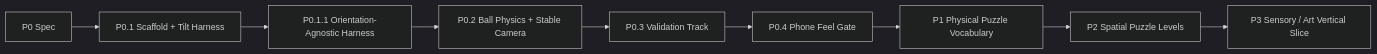
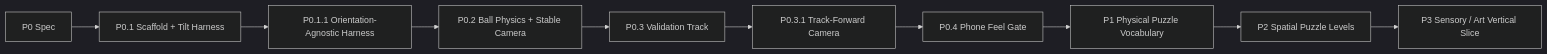
One commit to zeroLR/2D-game-playground changed the first of 2 diagrams in docs/plans/inner-rail/ROADMAP.md. Above: the diagram before and after it, drawn with Mermaid (dark theme). The commit also changed other lines of this file, not shown here.

Commit message:
docs(inner-rail): define track-forward camera contract

````diff
--- a/docs/plans/inner-rail/ROADMAP.md
+++ b/docs/plans/inner-rail/ROADMAP.md
@@ -9,11 +9,12 @@
 ```mermaid
 flowchart LR
     S[P0 Spec] --> P01[P0.1 Scaffold + Tilt Harness]
     P01 --> P011[P0.1.1 Orientation-Agnostic Harness]
     P011 --> P02[P0.2 Ball Physics + Stable Camera]
     P02 --> P03[P0.3 Validation Track]
-    P03 --> P04[P0.4 Phone Feel Gate]
+    P03 --> P031[P0.3.1 Track-Forward Camera]
+    P031 --> P04[P0.4 Phone Feel Gate]
     P04 --> P1[P1 Physical Puzzle Vocabulary]
     P1 --> P2[P2 Spatial Puzzle Levels]
     P2 --> P3[P3 Sensory / Art Vertical Slice]
 ```
````
